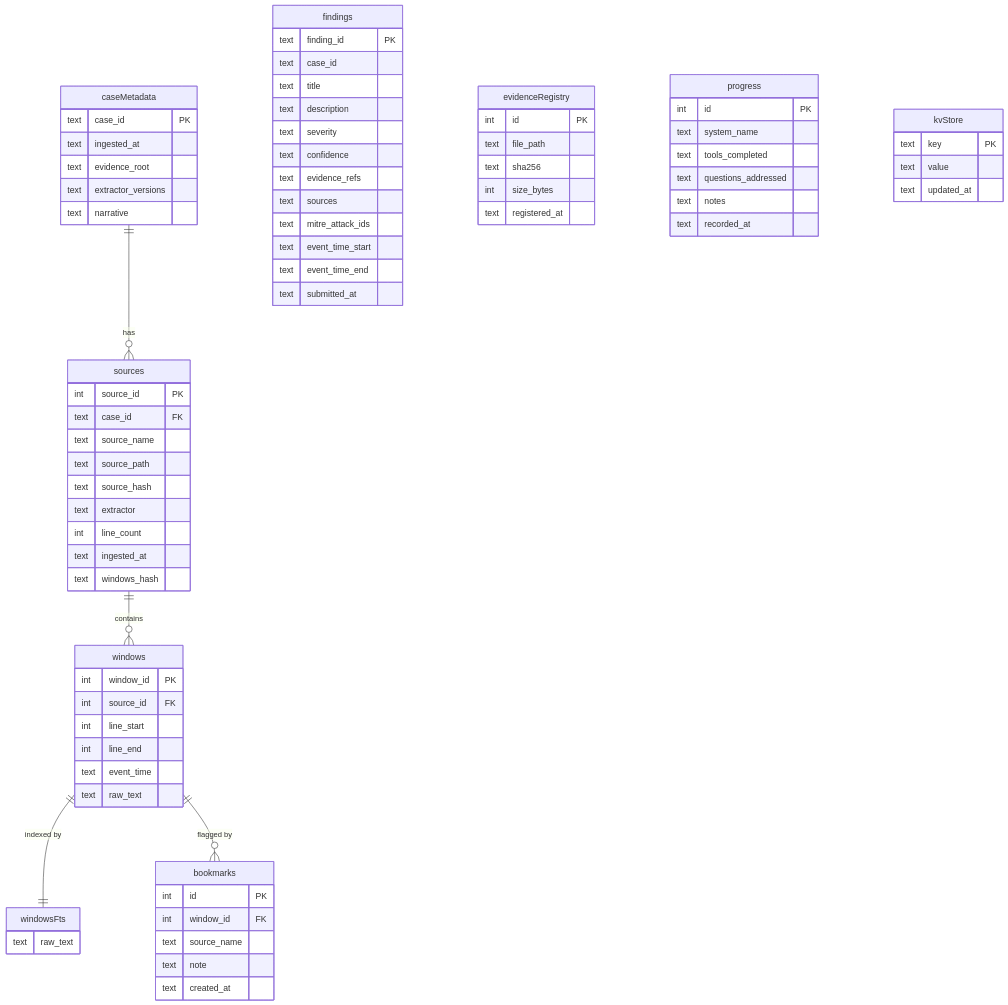
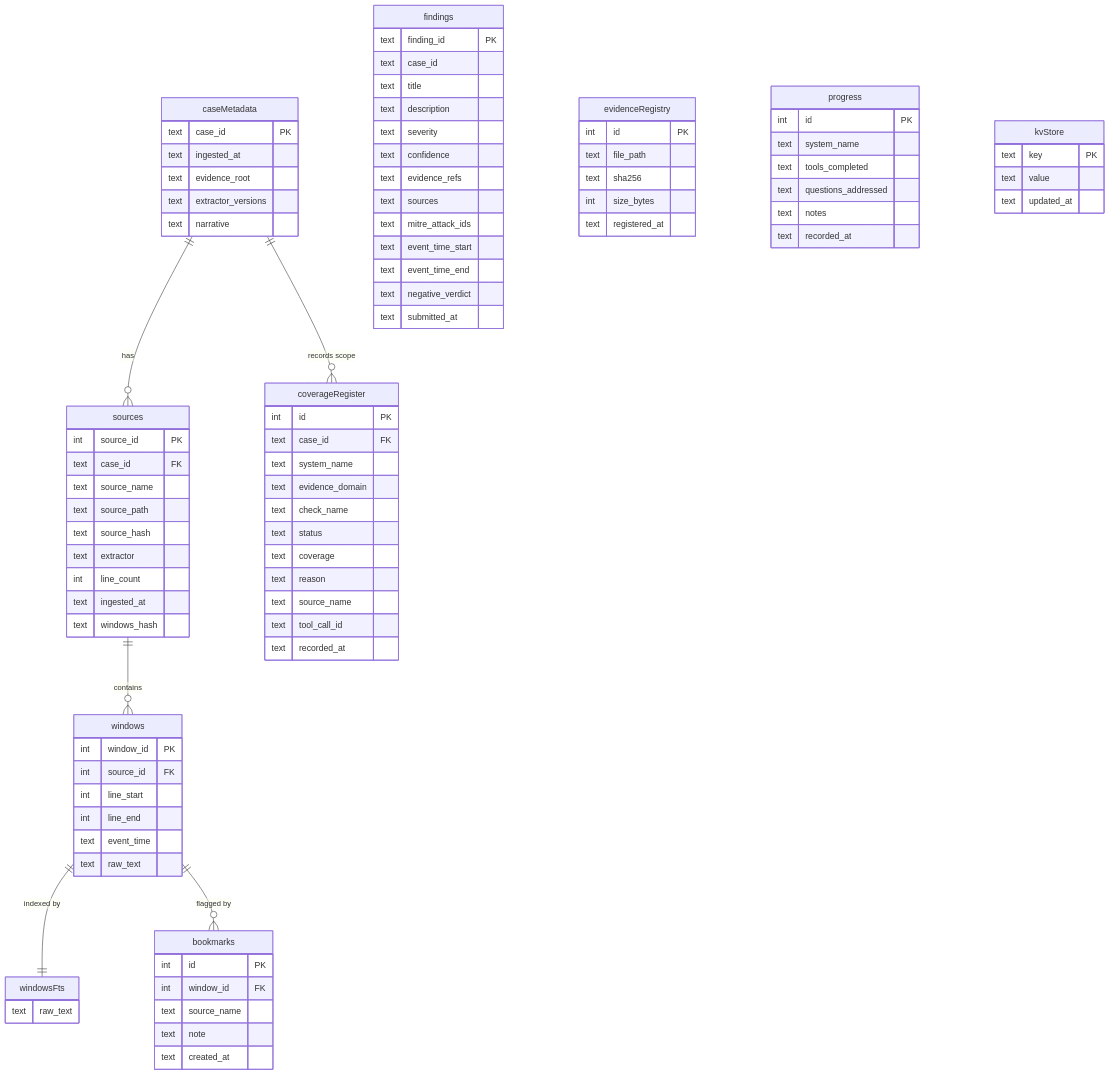
One commit to calebevans/mulder changed the fifth of 6 diagrams in docs/architecture.md. Above: the diagram before and after it, drawn with Mermaid. The commit also changed other lines of this file and 11 other files, not shown here.

Commit message:
Add persistent investigation coverage register

```diff
--- a/docs/architecture.md
+++ b/docs/architecture.md
@@ -299,7 +299,22 @@
         text mitre_attack_ids
         text event_time_start
         text event_time_end
+        text negative_verdict
         text submitted_at
+    }
+
+    coverageRegister {
+        int id PK
+        text case_id FK
+        text system_name
+        text evidence_domain
+        text check_name
+        text status
+        text coverage
+        text reason
+        text source_name
+        text tool_call_id
+        text recorded_at
     }
 
     evidenceRegistry {
@@ -334,6 +349,7 @@
     }
 
     caseMetadata ||--o{ sources : "has"
+    caseMetadata ||--o{ coverageRegister : "records scope"
     sources ||--o{ windows : "contains"
     windows ||--|| windowsFts : "indexed by"
     windows ||--o{ bookmarks : "flagged by"
```
